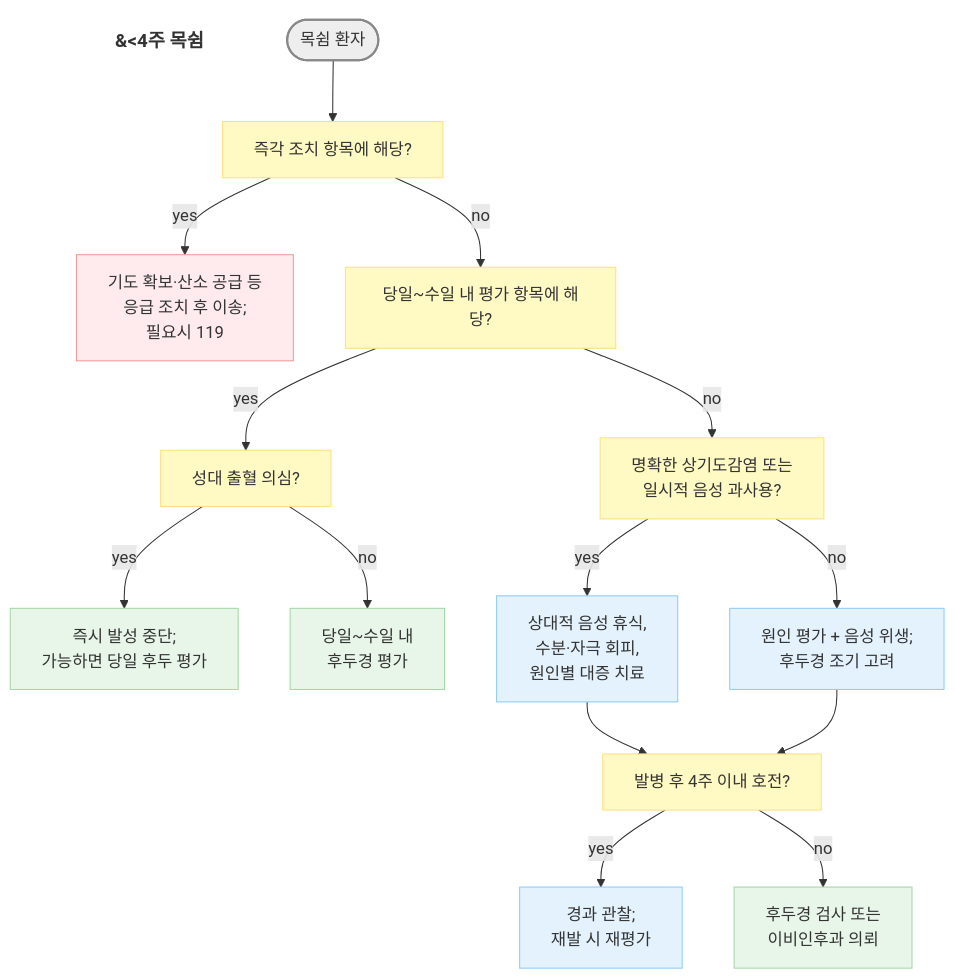
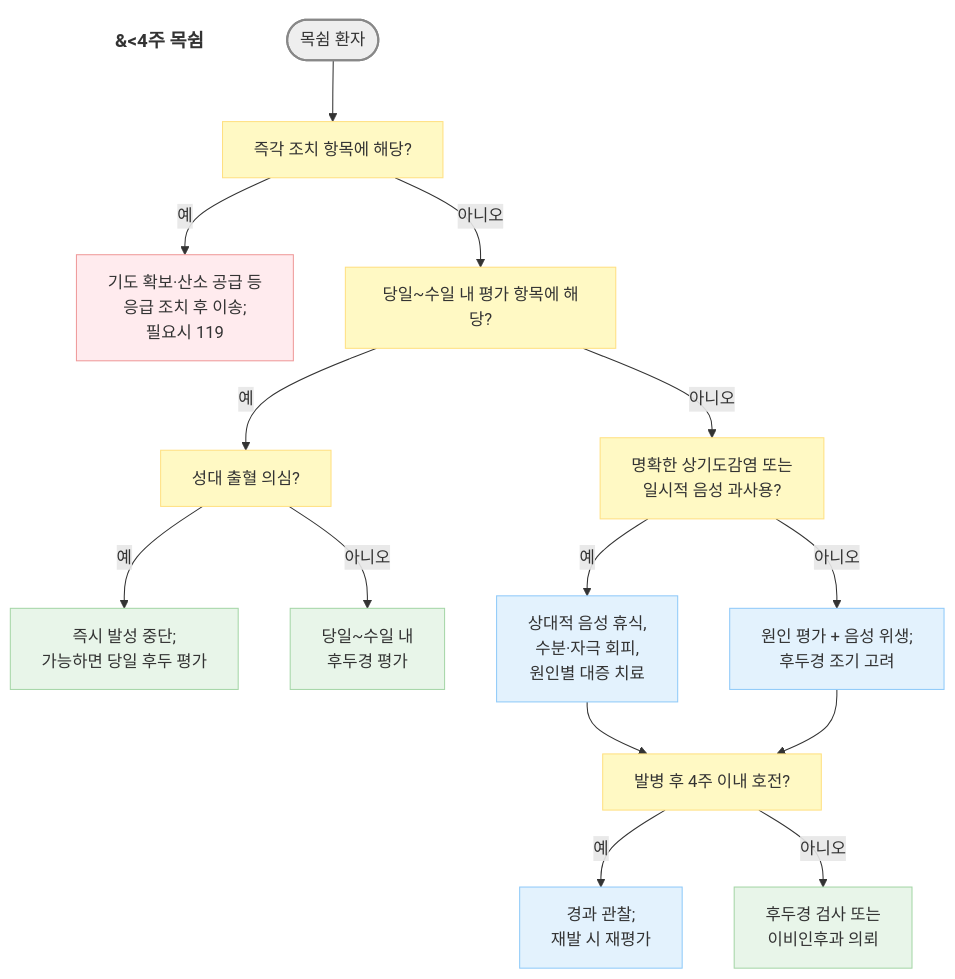
Before and after one commit to familyoh77/familyoh77: the first of 2 diagrams in 222_/058_-hoarseness.md, drawn with Mermaid. The commit also changed other lines of this file, not shown here.

````diff
--- a/222_/058_-hoarseness.md
+++ b/222_/058_-hoarseness.md
@@ -117,32 +117,32 @@
 ```mermaid
 graph TD
     Title["<b>&#60;4주 목쉼</b>"]
     style Title fill:none,stroke:none,font-size:18px
 
     Start(["목쉼 환자"])
     Start --> Q1["즉각 조치 항목에 해당?"]
-    Q1 -- yes --> E["기도 확보·산소 공급 등<br/>응급 조치 후 이송;<br/>필요시 119"]
-    Q1 -- no --> Q2["당일~수일 내 평가 항목에 해당?"]
-    Q2 -- yes --> QH["성대 출혈 의심?"]
-    QH -- yes --> H["즉시 발성 중단;<br/>가능하면 당일 후두 평가"]
-    QH -- no --> L["당일~수일 내<br/>후두경 평가"]
-    Q2 -- no --> Q3["명확한 상기도감염 또는<br/>일시적 음성 과사용?"]
-    Q3 -- yes --> S["상대적 음성 휴식,<br/>수분·자극 회피,<br/>원인별 대증 치료"]
-    Q3 -- no --> O["원인 평가 + 음성 위생;<br/>후두경 조기 고려"]
+    Q1 -- 예 --> E["기도 확보·산소 공급 등<br/>응급 조치 후 이송;<br/>필요시 119"]
+    Q1 -- 아니오 --> Q2["당일~수일 내 평가 항목에 해당?"]
+    Q2 -- 예 --> QH["성대 출혈 의심?"]
+    QH -- 예 --> H["즉시 발성 중단;<br/>가능하면 당일 후두 평가"]
+    QH -- 아니오 --> L["당일~수일 내<br/>후두경 평가"]
+    Q2 -- 아니오 --> Q3["명확한 상기도감염 또는<br/>일시적 음성 과사용?"]
+    Q3 -- 예 --> S["상대적 음성 휴식,<br/>수분·자극 회피,<br/>원인별 대증 치료"]
+    Q3 -- 아니오 --> O["원인 평가 + 음성 위생;<br/>후두경 조기 고려"]
     S --> Q4["발병 후 4주 이내 호전?"]
     O --> Q4
-    Q4 -- yes --> C["경과 관찰;<br/>재발 시 재평가"]
-    Q4 -- no --> L2["후두경 검사 또는<br/>이비인후과 의뢰"]
+    Q4 -- 예 --> C["경과 관찰;<br/>재발 시 재평가"]
+    Q4 -- 아니오 --> L2["후두경 검사 또는<br/>이비인후과 의뢰"]
 
     classDef start fill:#eeeeee,stroke:#888888,stroke-width:2px;
     classDef question fill:#fff9c4,stroke:#ffe082;
     classDef blue fill:#E3F2FD,stroke:#90CAF9;
     classDef green fill:#E8F5E9,stroke:#A5D6A7;
     classDef red fill:#FFEBEE,stroke:#EF9A9A;
 
     class Start start;
     class Q1,Q2,QH,Q3,Q4 question;
     class S,O,C blue;
     class H,L,L2 green;
     class E red;
 ```
````
